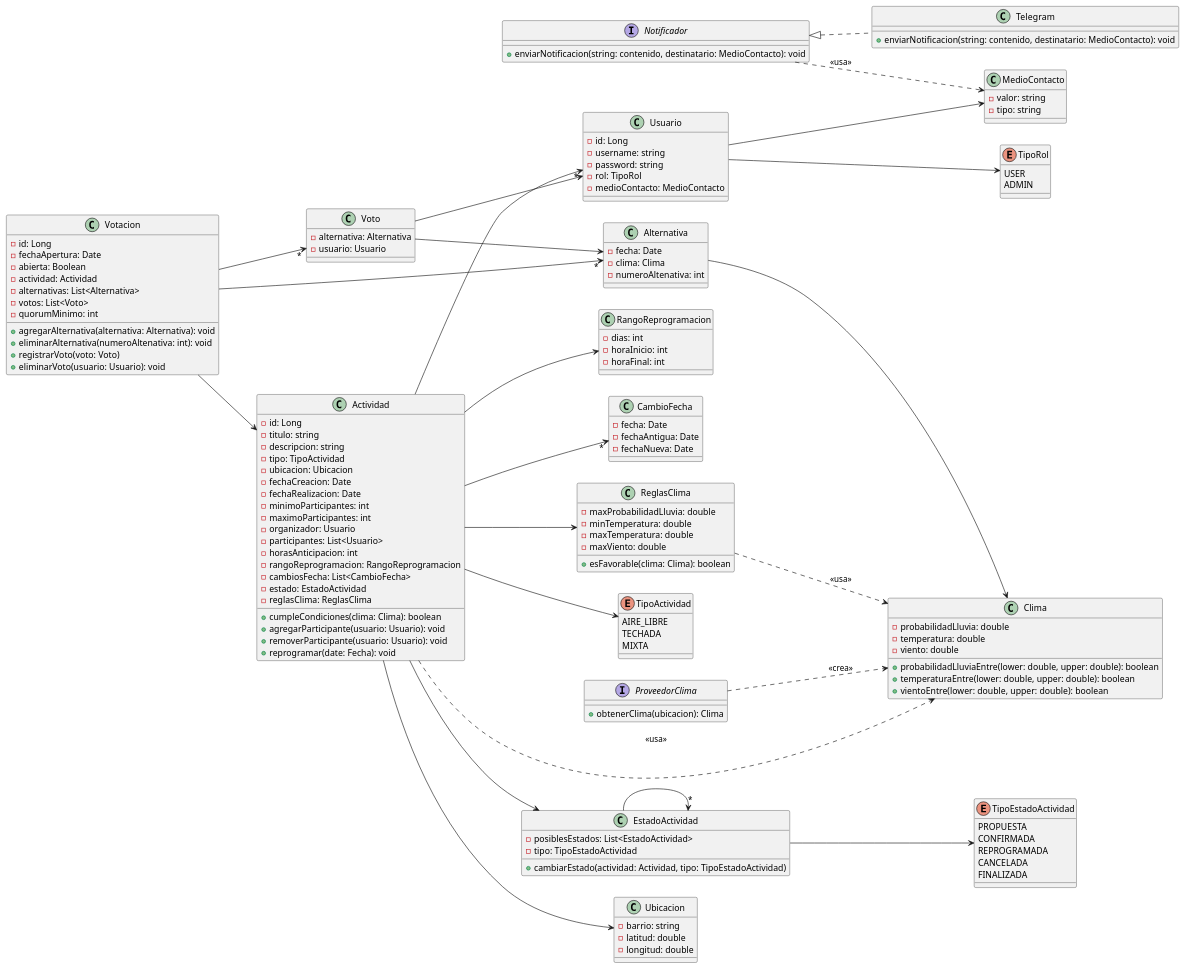
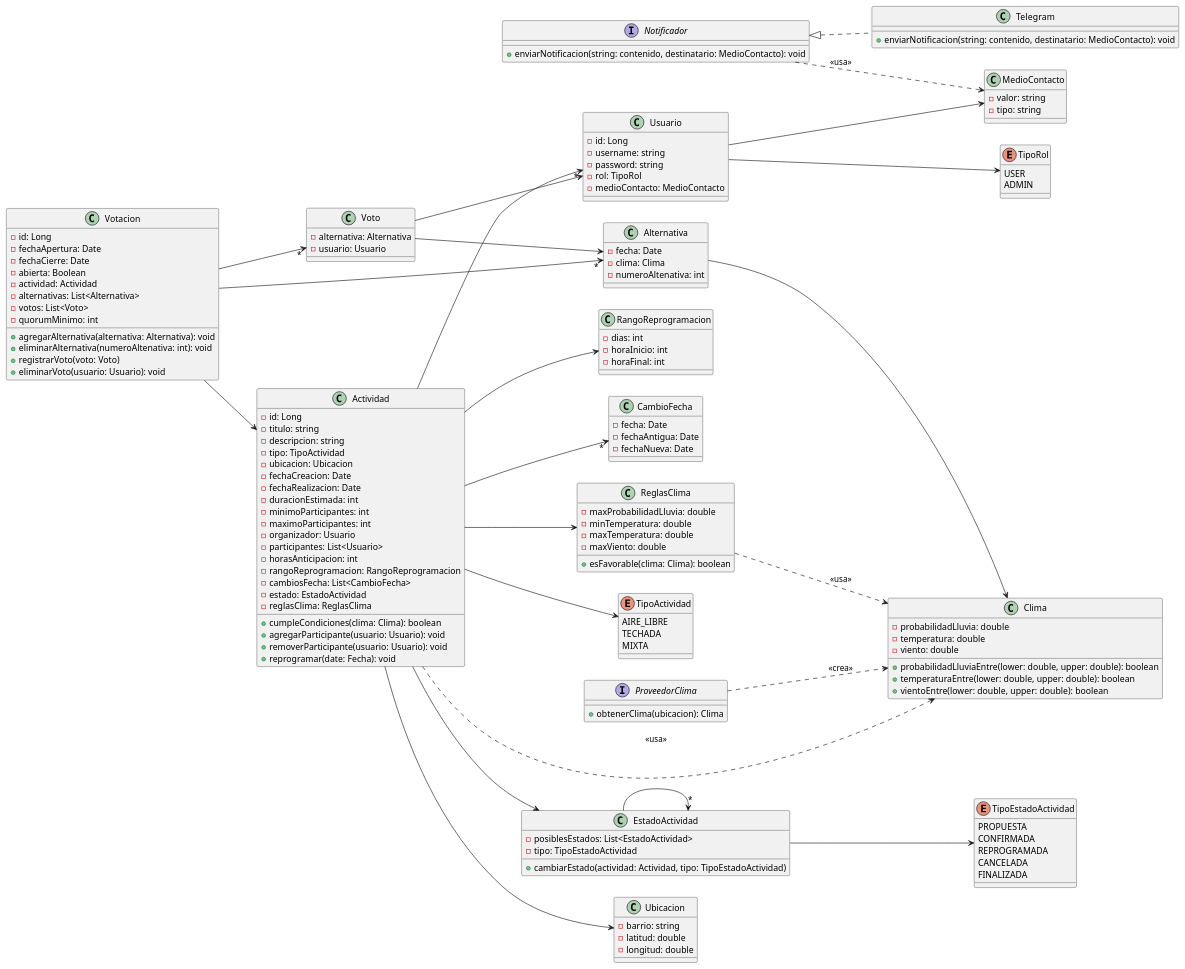
The diagram in diagramas/class-diagram.puml (LucasHerdegen/tacs-tp-2026-2c), drawn with PlantUML before and after one commit. The commit also changed 9 other files, not shown here.

Commit message:
tests US1 & modificaciones diagrama de clases

```diff
--- a/diagramas/class-diagram.puml
+++ b/diagramas/class-diagram.puml
@@ -1,185 +1,187 @@
 @startuml class
 left to right direction
 
 class Usuario
 {
     - id: Long
     - username: string
     - password: string
     - rol: TipoRol
     - medioContacto: MedioContacto
 }
 
 Usuario --> TipoRol
 Usuario --> MedioContacto
 
 enum TipoRol
 {
     USER
     ADMIN
 }
 
 class MedioContacto
 {
     - valor: string
     - tipo: string
 }
 
 class Actividad
 {
     - id: Long
     - titulo: string
     - descripcion: string
     - tipo: TipoActividad
     - ubicacion: Ubicacion
     - fechaCreacion: Date
     - fechaRealizacion: Date
+    - duracionEstimada: int
     - minimoParticipantes: int
     - maximoParticipantes: int
     - organizador: Usuario
     - participantes: List<Usuario>
     - horasAnticipacion: int
     - rangoReprogramacion: RangoReprogramacion
     - cambiosFecha: List<CambioFecha>
     - estado: EstadoActividad
     - reglasClima: ReglasClima
     + cumpleCondiciones(clima: Clima): boolean
     + agregarParticipante(usuario: Usuario): void
     + removerParticipante(usuario: Usuario): void
     + reprogramar(date: Fecha): void
 }
 
 Actividad --> TipoActividad
 Actividad..> Clima : "<<usa>>"
 Actividad --> Ubicacion
 Actividad -->"*" Usuario
 Actividad --> RangoReprogramacion
 Actividad -->"*" CambioFecha
 Actividad --> EstadoActividad
 Actividad --> ReglasClima
 
 enum TipoActividad
 {
     AIRE_LIBRE
     TECHADA
     MIXTA
 }
 
 class ReglasClima
 {
     - maxProbabilidadLluvia: double
     - minTemperatura: double
     - maxTemperatura: double
     - maxViento: double
     + esFavorable(clima: Clima): boolean
 }
 
 ReglasClima ..> Clima : "<<usa>>"
 
 interface ProveedorClima
 {
     + obtenerClima(ubicacion): Clima
 }
 
 ProveedorClima ..> Clima : "<<crea>>"
 
 class Clima
 {
     - probabilidadLluvia: double
     - temperatura: double
     - viento: double
     + probabilidadLluviaEntre(lower: double, upper: double): boolean
     + temperaturaEntre(lower: double, upper: double): boolean
     + vientoEntre(lower: double, upper: double): boolean
 }
 
 class Ubicacion
 {
     - barrio: string
     - latitud: double
     - longitud: double
 }
 
 class RangoReprogramacion
 {
     - dias: int
     - horaInicio: int
     - horaFinal: int
 }
 
 interface Notificador
 {
     + enviarNotificacion(string: contenido, destinatario: MedioContacto): void
 }
 
 Notificador ..> MedioContacto : "<<usa>>"
 
 class Telegram implements Notificador
 {
     + enviarNotificacion(string: contenido, destinatario: MedioContacto): void
 }
 
 class Votacion
 {
     - id: Long
     - fechaApertura: Date
+    - fechaCierre: Date
     - abierta: Boolean
     - actividad: Actividad
     - alternativas: List<Alternativa>
     - votos: List<Voto>
     - quorumMinimo: int
     + agregarAlternativa(alternativa: Alternativa): void
     + eliminarAlternativa(numeroAltenativa: int): void
     + registrarVoto(voto: Voto)
     + eliminarVoto(usuario: Usuario): void
 }
 
 Votacion -->"*" Alternativa
 Votacion -->"*" Voto
 Votacion --> Actividad
 
 class Alternativa
 {
     - fecha: Date
     - clima: Clima
     - numeroAltenativa: int
 }
 
 Alternativa--> Clima
 
 class Voto
 {
     - alternativa: Alternativa
     - usuario: Usuario
 }
 
 Voto --> Usuario
 Voto --> Alternativa
 
 class CambioFecha
 {
     - fecha: Date
     - fechaAntigua: Date
     - fechaNueva: Date
 }
 
 class EstadoActividad
 {
     - posiblesEstados: List<EstadoActividad>
     - tipo: TipoEstadoActividad
     + cambiarEstado(actividad: Actividad, tipo: TipoEstadoActividad)
 }
 
 EstadoActividad -->"*" EstadoActividad
 EstadoActividad --> TipoEstadoActividad
 
 enum TipoEstadoActividad
 {
     PROPUESTA
     CONFIRMADA
     REPROGRAMADA
     CANCELADA
     FINALIZADA
 }
 
 @enduml
```
